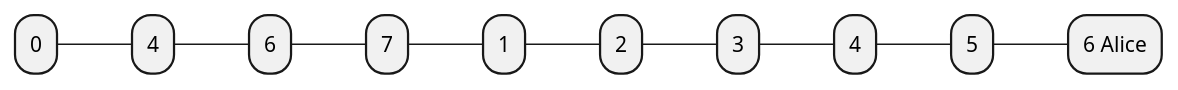
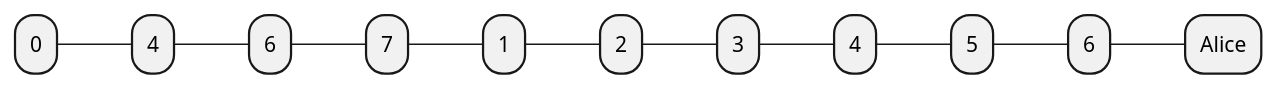
One commit to jacquesrmy/rust-gestionnaire-telephonique changed the diagram in graph/01_simple.puml. Above: the diagram before and after it, drawn with PlantUML. The commit also changed 3 other files, not shown here.

Commit message:
feat(plantuml): render contact names as leaf nodes

```diff
--- a/graph/01_simple.puml
+++ b/graph/01_simple.puml
@@ -1,12 +1,13 @@
 @startmindmap
 * 0
 ** 4
 *** 6
 **** 7
 ***** 1
 ****** 2
 ******* 3
 ******** 4
 ********* 5
-********** 6 Alice
+********** 6
+*********** Alice
 @endmindmap
```
